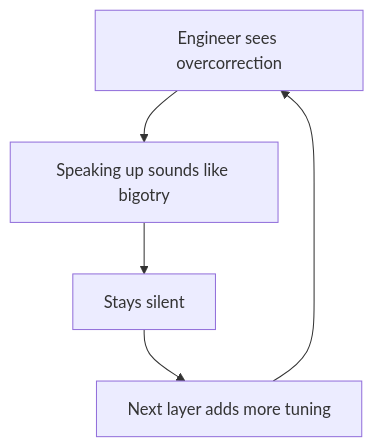
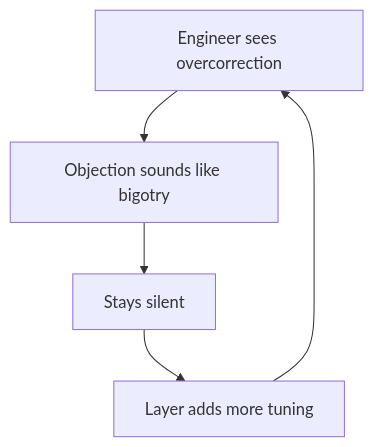
Before and after one commit to jrajath94/ai-podcast-curriculum: the first of 2 diagrams in content/tracks/modern-wisdom/ep06.md, drawn with Mermaid. The commit also changed other lines of this file, not shown here.

````diff
--- a/content/tracks/modern-wisdom/ep06.md
+++ b/content/tracks/modern-wisdom/ep06.md
@@ -53,7 +53,7 @@
 ```mermaid
 graph TD
-    A[Engineer sees overcorrection] --> B[Speaking up sounds like bigotry]
+    A[Engineer sees overcorrection] --> B[Objection sounds like bigotry]
     B --> C[Stays silent]
-    C --> D[Next layer adds more tuning]
+    C --> D[Layer adds more tuning]
     D --> A
 ```
````
